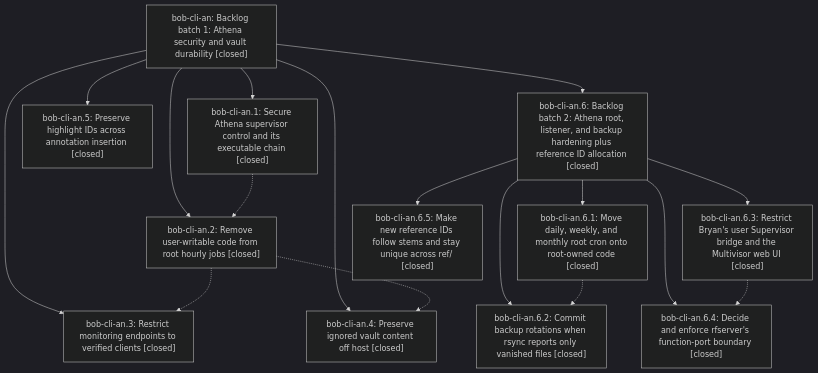
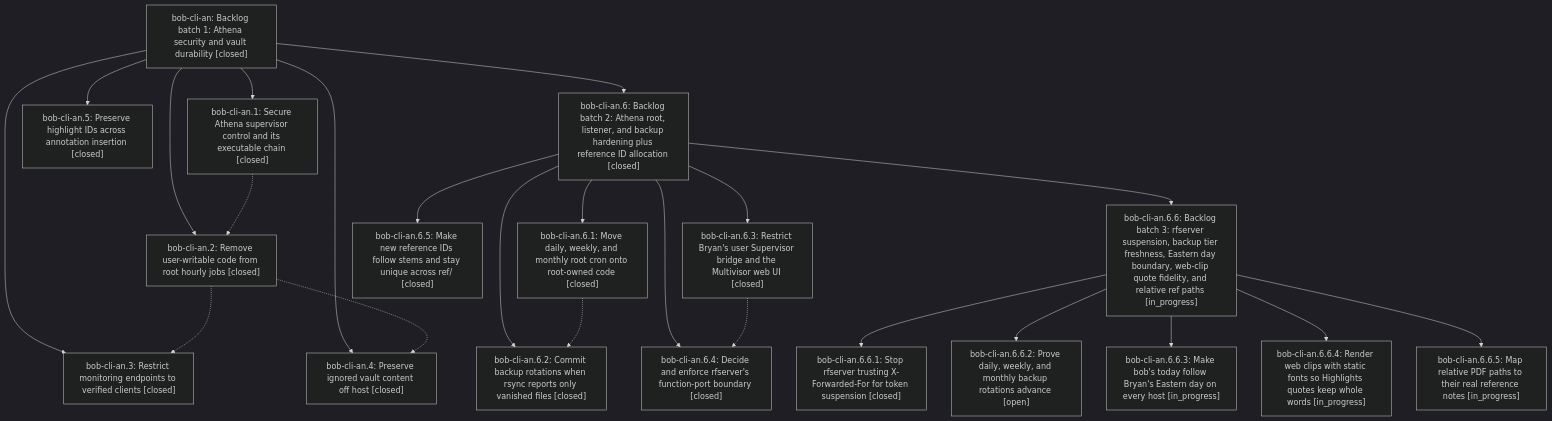
One commit to bobs-org/bob-cli--beads changed the diagram in pages/bob-cli-an/README.md. Above: the diagram before and after it, drawn with Mermaid (dark theme). The commit also changed other lines of this file and 12 other files, not shown here.

First line of the commit message:
chore(beads): sync bead state and pages for bob-cli-an

````diff
--- a/pages/bob-cli-an/README.md
+++ b/pages/bob-cli-an/README.md
@@ -48,31 +48,43 @@
 ```mermaid
 flowchart TD
     n0["bob-cli-an: Backlog batch 1: Athena security and vault durability [closed]"]
     n1["bob-cli-an.1: Secure Athena supervisor control and its executable chain [closed]"]
     n2["bob-cli-an.2: Remove user-writable code from root hourly jobs [closed]"]
     n3["bob-cli-an.3: Restrict monitoring endpoints to verified clients [closed]"]
     n4["bob-cli-an.4: Preserve ignored vault content off host [closed]"]
     n5["bob-cli-an.5: Preserve highlight IDs across annotation insertion [closed]"]
     n6["bob-cli-an.6: Backlog batch 2: Athena root, listener, and backup hardening plus reference ID allocation [closed]"]
     n7["bob-cli-an.6.1: Move daily, weekly, and monthly root cron onto root-owned code [closed]"]
     n8["bob-cli-an.6.2: Commit backup rotations when rsync reports only vanished files [closed]"]
     n9["bob-cli-an.6.3: Restrict Bryan's user Supervisor bridge and the Multivisor web UI [closed]"]
     n10["bob-cli-an.6.4: Decide and enforce rfserver's function-port boundary [closed]"]
     n11["bob-cli-an.6.5: Make new reference IDs follow stems and stay unique across ref/ [closed]"]
+    n12["bob-cli-an.6.6: Backlog batch 3: rfserver suspension, backup tier freshness, Eastern day boundary, web-clip quote fidelity, and relative ref paths [in_progress]"]
+    n13["bob-cli-an.6.6.1: Stop rfserver trusting X-Forwarded-For for token suspension [closed]"]
+    n14["bob-cli-an.6.6.2: Prove daily, weekly, and monthly backup rotations advance [open]"]
+    n15["bob-cli-an.6.6.3: Make bob's today follow Bryan's Eastern day on every host [in_progress]"]
+    n16["bob-cli-an.6.6.4: Render web clips with static fonts so Highlights quotes keep whole words [in_progress]"]
+    n17["bob-cli-an.6.6.5: Map relative PDF paths to their real reference notes [in_progress]"]
     n0 --> n1
     n0 --> n2
     n0 --> n3
     n0 --> n4
     n0 --> n5
     n0 --> n6
     n6 --> n7
     n6 --> n8
     n6 --> n9
     n6 --> n10
     n6 --> n11
+    n6 --> n12
+    n12 --> n13
+    n12 --> n14
+    n12 --> n15
+    n12 --> n16
+    n12 --> n17
     n1 -.-> n2
     n2 -.-> n3
     n2 -.-> n4
     n7 -.-> n8
     n9 -.-> n10
 ```
````
